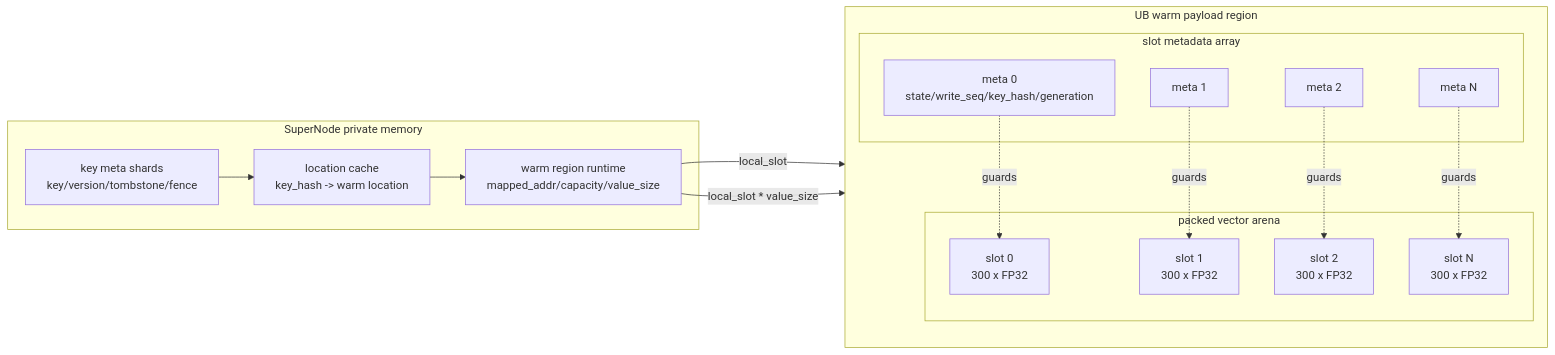
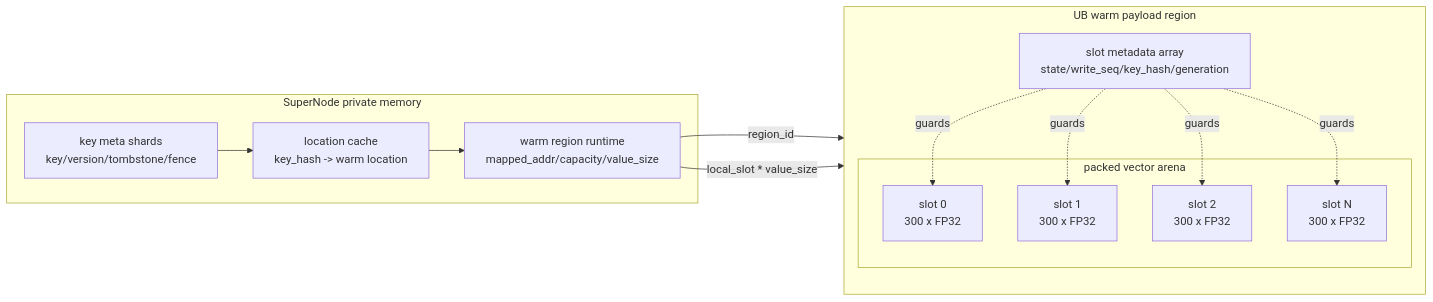
Before and after one commit to jialiuyu/redis: the fourth of 4 diagrams in docs/HPC_REDIS_ENGINE_ARCHITECTURE_DESIGN.md, drawn with Mermaid. The commit also changed other lines of this file and 10 other files, not shown here.

Commit message:
feat: refine HPC-Redis architecture and scaleout paths

````diff
--- a/docs/HPC_REDIS_ENGINE_ARCHITECTURE_DESIGN.md
+++ b/docs/HPC_REDIS_ENGINE_ARCHITECTURE_DESIGN.md
@@ -410,33 +536,28 @@
 ```mermaid
 flowchart LR
     subgraph SN[SuperNode private memory]
         KM[key meta shards<br/>key/version/tombstone/fence]
         LC[location cache<br/>key_hash -> warm location]
         RT[warm region runtime<br/>mapped_addr/capacity/value_size]
     end
 
     subgraph UB[UB warm payload region]
         direction TB
-        subgraph META[slot metadata array]
-            M0[meta 0<br/>state/write_seq/key_hash/generation]
-            M1[meta 1]
-            M2[meta 2]
-            MN[meta N]
-        end
+        SM[slot metadata array<br/>state/write_seq/key_hash/generation]
         subgraph PAYLOAD[packed vector arena]
             S0[slot 0<br/>300 x FP32]
             S1[slot 1<br/>300 x FP32]
             S2[slot 2<br/>300 x FP32]
             SNn[slot N<br/>300 x FP32]
         end
     end
 
     KM --> LC
     LC --> RT
-    RT -->|local_slot| META
+    RT -->|region_id| SM
     RT -->|local_slot * value_size| PAYLOAD
-    M0 -. guards .-> S0
-    M1 -. guards .-> S1
-    M2 -. guards .-> S2
-    MN -. guards .-> SNn
+    SM -. guards .-> S0
+    SM -. guards .-> S1
+    SM -. guards .-> S2
+    SM -. guards .-> SNn
 ```
````
